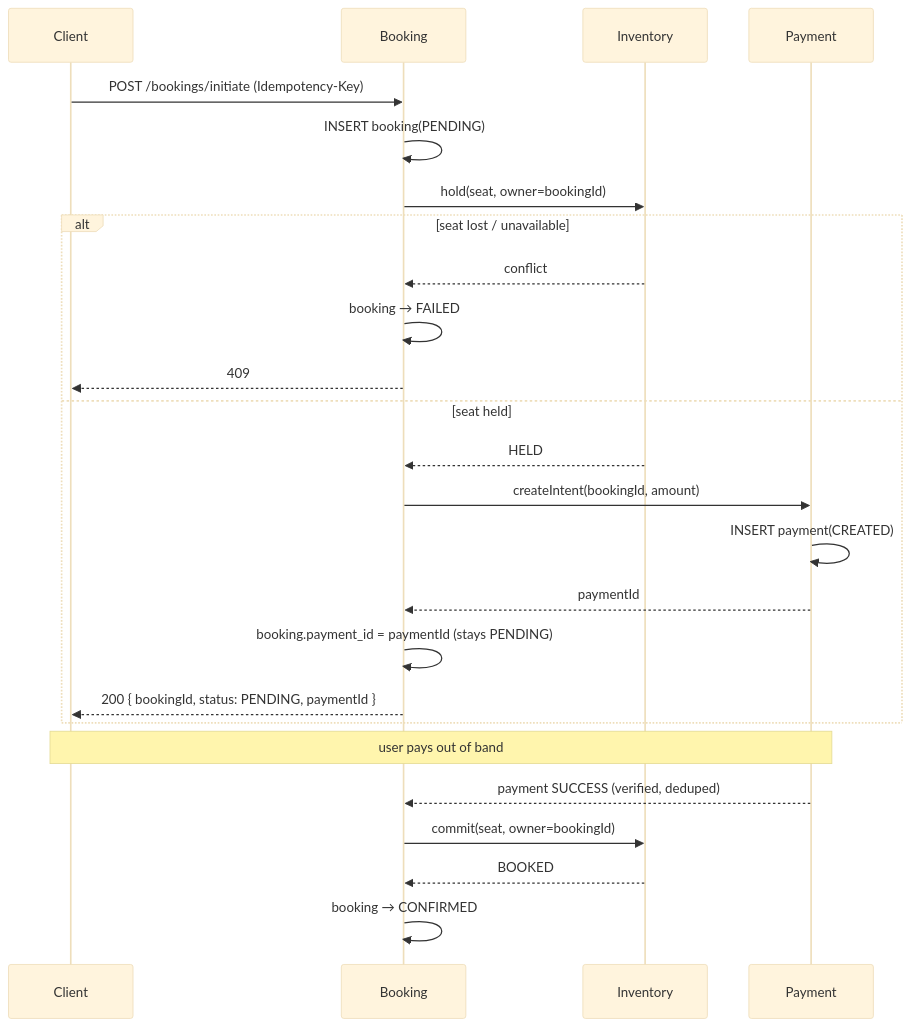
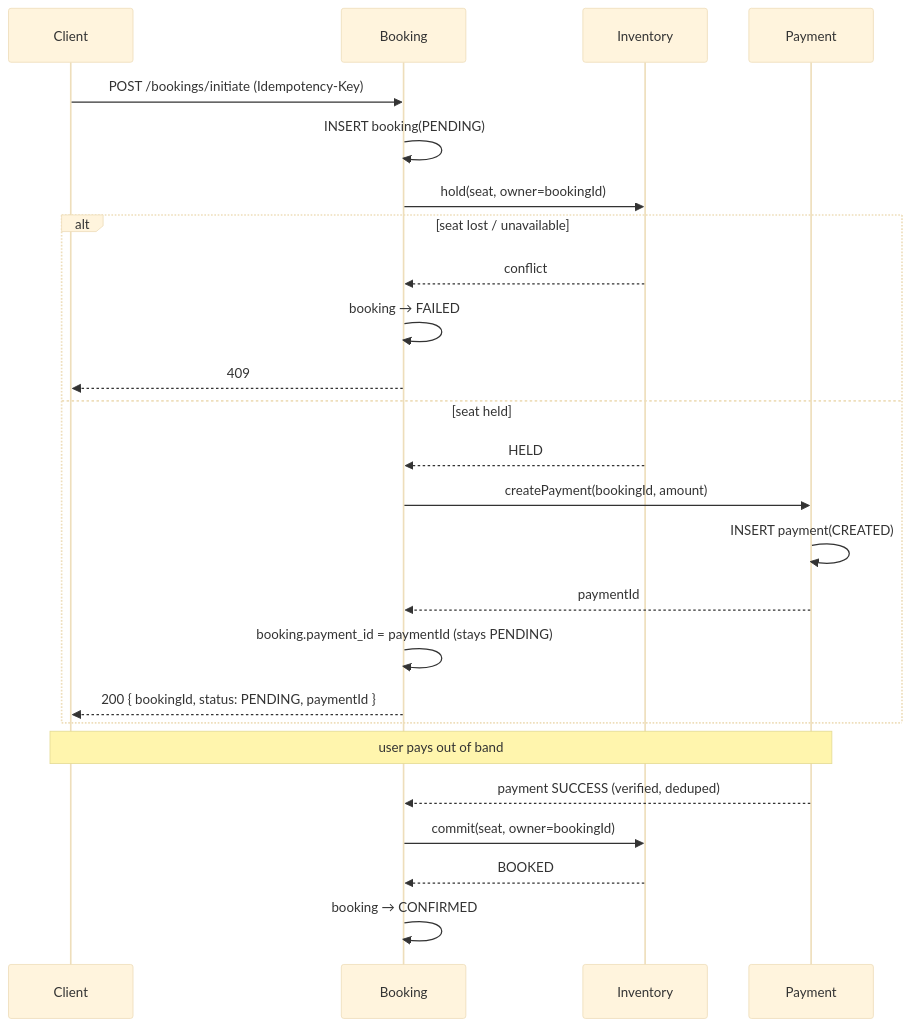
One commit to ayushmcodes/flightSystem changed the third of 3 diagrams in main/design.md. Above: the diagram before and after it, drawn with Mermaid (base theme). The commit also changed 1 other file, not shown here.

Commit message:
updated testing report

````diff
--- a/main/design.md
+++ b/main/design.md
@@ -187,27 +187,27 @@
 ```mermaid
 sequenceDiagram
   participant U as Client
   participant B as Booking
   participant I as Inventory
   participant P as Payment
   U->>B: POST /bookings/initiate (Idempotency-Key)
   B->>B: INSERT booking(PENDING)
   B->>I: hold(seat, owner=bookingId)
   alt seat lost / unavailable
     I-->>B: conflict
     B->>B: booking → FAILED
     B-->>U: 409
   else seat held
     I-->>B: HELD
-    B->>P: createIntent(bookingId, amount)
+    B->>P: createPayment(bookingId, amount)
     P->>P: INSERT payment(CREATED)
     P-->>B: paymentId
     B->>B: booking.payment_id = paymentId (stays PENDING)
     B-->>U: 200 { bookingId, status: PENDING, paymentId }
   end
   Note over U,P: user pays out of band
   P-->>B: payment SUCCESS (verified, deduped)
   B->>I: commit(seat, owner=bookingId)
   I-->>B: BOOKED
   B->>B: booking → CONFIRMED
 ```
````
